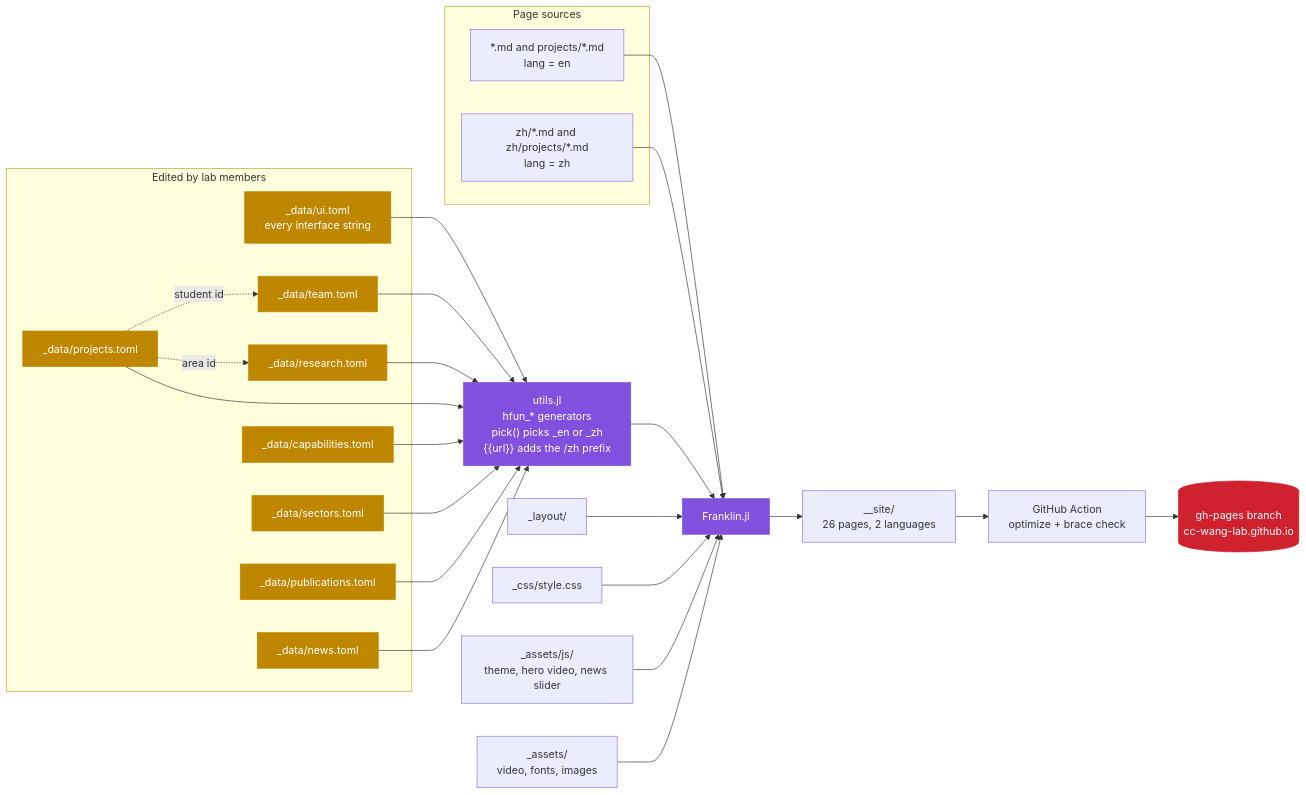
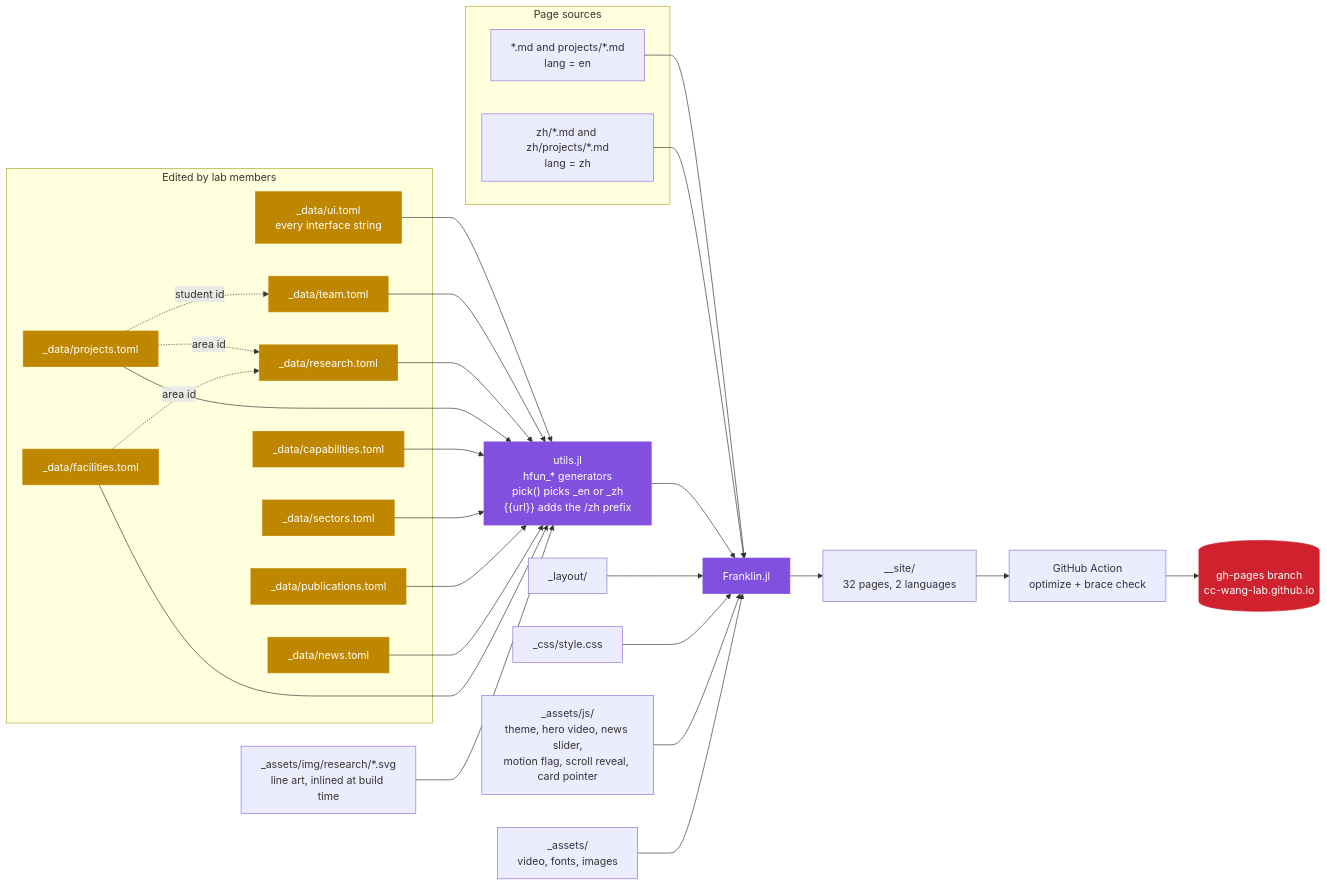
One commit to CC-Wang-Lab/CC-Wang-Lab.github.io changed the third of 6 diagrams in docs/architecture.md. Above: the diagram before and after it, drawn with Mermaid. The commit also changed other lines of this file and 14 other files, not shown here.

````diff
--- a/docs/architecture.md
+++ b/docs/architecture.md
@@ -72,55 +72,60 @@
 ```mermaid
 flowchart LR
   subgraph edit["Edited by lab members"]
     UI["_data/ui.toml<br/>every interface string"]
     D1["_data/team.toml"]
     D2["_data/research.toml"]
     D7["_data/projects.toml"]
     D3["_data/capabilities.toml"]
     D4["_data/sectors.toml"]
     D5["_data/publications.toml"]
     D6["_data/news.toml"]
+    D8["_data/facilities.toml"]
   end
 
   subgraph src["Page sources"]
     EN["*.md and projects/*.md<br/>lang = en"]
     ZH["zh/*.md and zh/projects/*.md<br/>lang = zh"]
   end
 
   UTILS["utils.jl<br/>hfun_* generators<br/>pick() picks _en or _zh<br/>{{url}} adds the /zh prefix"]
   LAY["_layout/"]
   CSS["_css/style.css"]
-  JS["_assets/js/<br/>theme, hero video, news slider"]
+  JS["_assets/js/<br/>theme, hero video, news slider,<br/>motion flag, scroll reveal, card pointer"]
+  ART["_assets/img/research/*.svg<br/>line art, inlined at build time"]
   ASSET["_assets/<br/>video, fonts, images"]
 
   D7 -.->|student id| D1
   D7 -.->|area id| D2
+  D8 -.->|area id| D2
 
   UI --> UTILS
   D1 --> UTILS
   D2 --> UTILS
   D7 --> UTILS
   D3 --> UTILS
   D4 --> UTILS
   D5 --> UTILS
   D6 --> UTILS
+  D8 --> UTILS
 
   EN --> FR["Franklin.jl"]
   ZH --> FR
   UTILS --> FR
   LAY --> FR
   CSS --> FR
   JS --> FR
+  ART --> UTILS
   ASSET --> FR
 
-  FR --> SITE["__site/<br/>26 pages, 2 languages"]
+  FR --> SITE["__site/<br/>32 pages, 2 languages"]
   SITE --> GHA["GitHub Action<br/>optimize + brace check"]
   GHA --> PAGES[("gh-pages branch<br/>cc-wang-lab.github.io")]
 
   classDef arch fill:#8250DF,stroke:#8250DF,color:#fff
   classDef crit fill:#CF222E,stroke:#CF222E,color:#fff
   classDef conv fill:#BF8700,stroke:#BF8700,color:#fff
   class UTILS,FR arch
   class PAGES crit
-  class UI,D1,D2,D7,D3,D4,D5,D6 conv
+  class UI,D1,D2,D7,D3,D4,D5,D6,D8 conv
 ```
````
